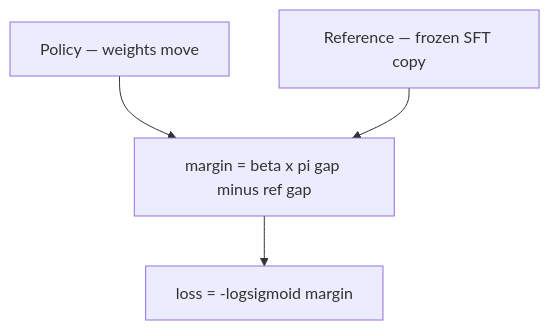
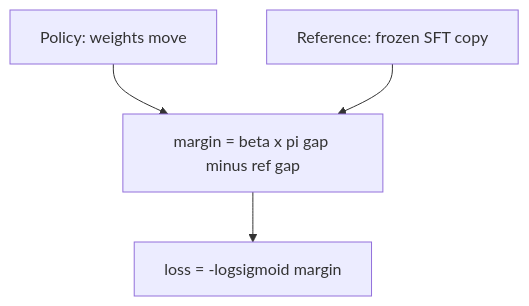
One commit to adamthuvesen/esme-posttrain changed the fourth of 6 diagrams in docs/internal/repo-study-notes.md. Above: the diagram before and after it, drawn with Mermaid. The commit also changed other lines of this file and 38 other files, not shown here.

````diff
--- a/docs/internal/repo-study-notes.md
+++ b/docs/internal/repo-study-notes.md
@@ -85,6 +85,6 @@
 ```mermaid
 flowchart TD
-    P[Policy — weights move] --> M[margin = beta x pi gap minus ref gap]
-    F[Reference — frozen SFT copy] --> M
+    P[Policy: weights move] --> M[margin = beta x pi gap minus ref gap]
+    F[Reference: frozen SFT copy] --> M
     M --> S[loss = -logsigmoid margin]
 ```
````
